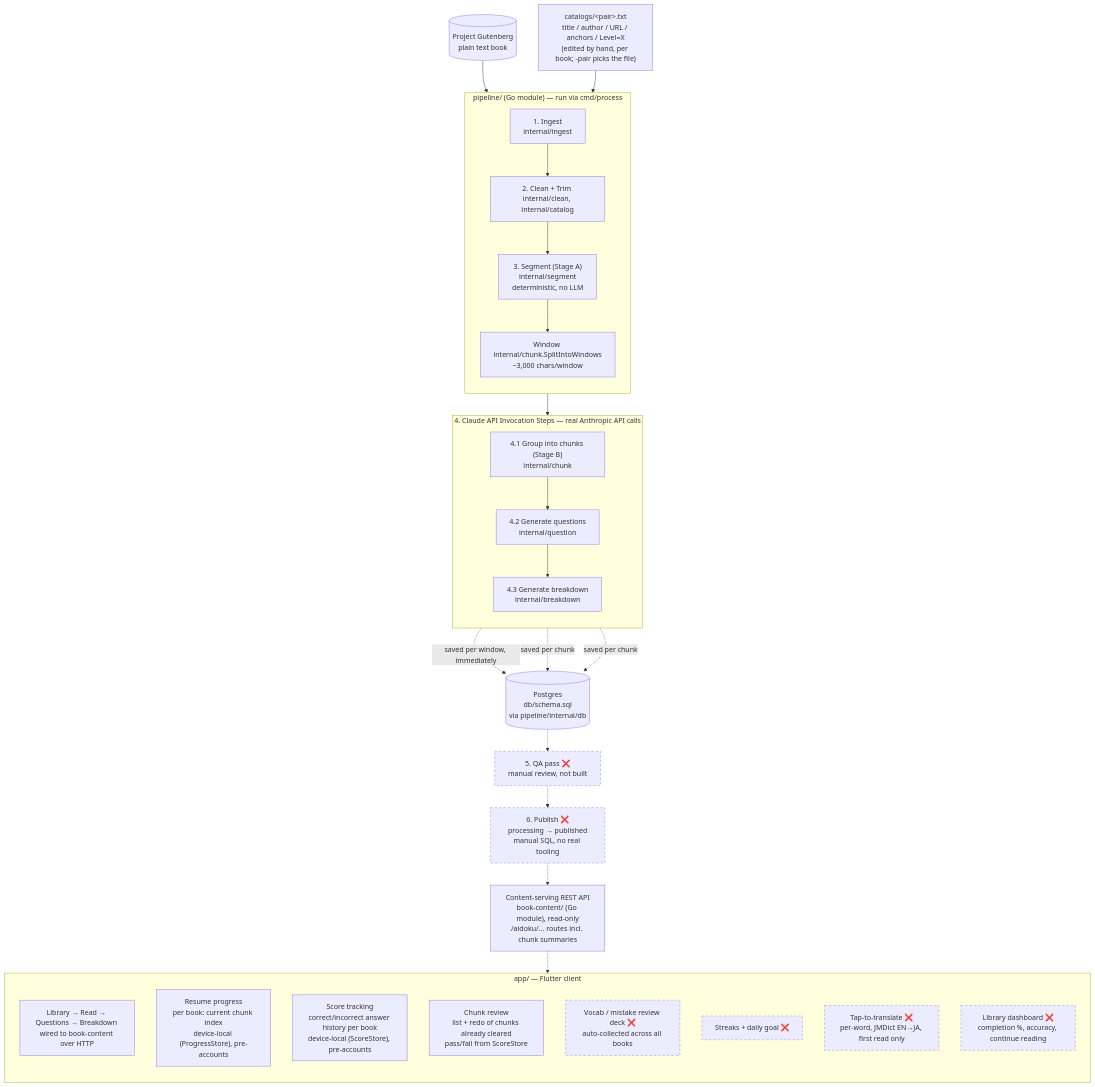
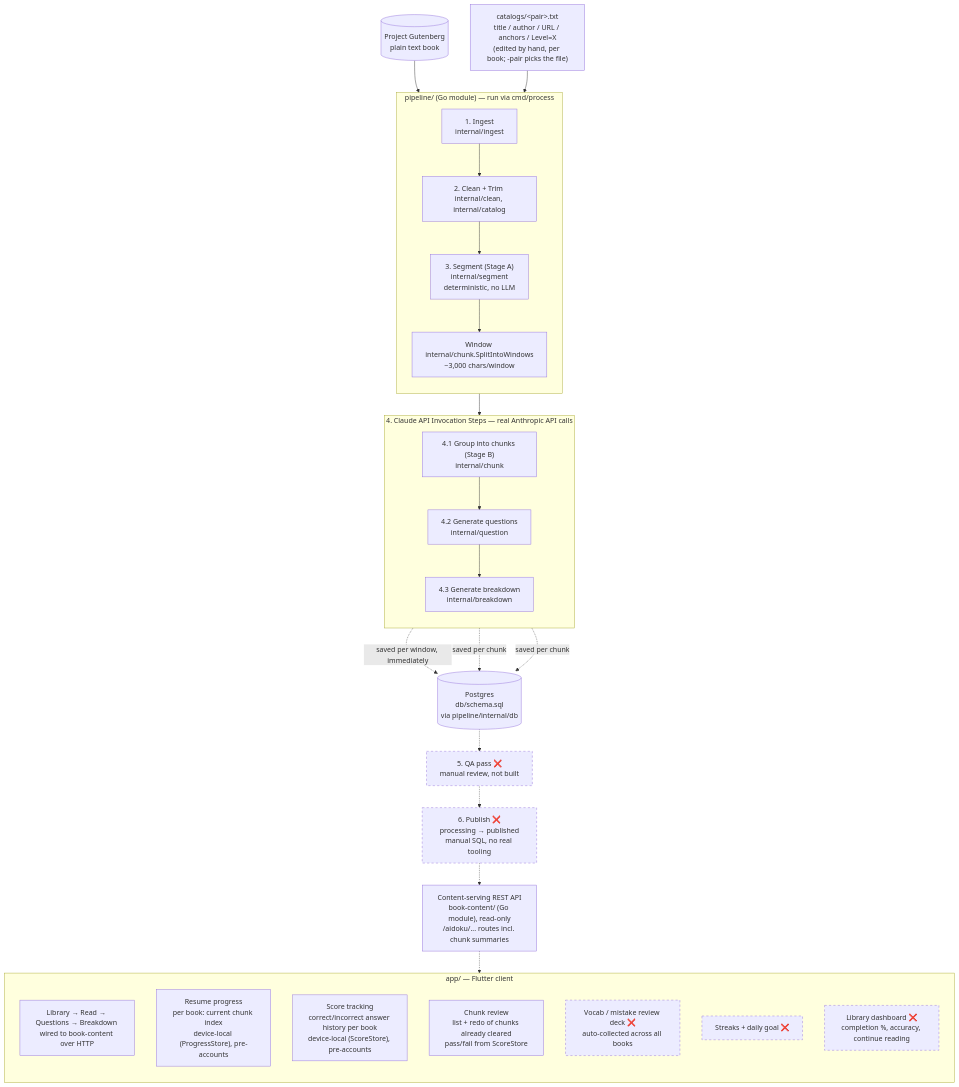
Before and after one commit to devdanielroy/project-aidoku: the diagram in README.md, drawn with Mermaid. The commit also changed other lines of this file, not shown here.

Commit message:
Remove tap-to-translate milestone
I was considering adding this to the app, but upon reflection, it defeats the purpose of the app,
which is to challenge the user to attempt to read the text unaided at first. If they can't
do it, they can always refer to the breakdown, revise the vocab, and then revisit the
chunk later. I don't want this app to be another handholding language learning app
that doesn't challenge the user. The point is to challenge the learner, engage that critical
thinking faculties, and generate real learning, real progress

````diff
--- a/README.md
+++ b/README.md
@@ -39,53 +39,52 @@
 ```mermaid
 flowchart TD
     GB[("Project Gutenberg<br/>plain text book")]
     BT["catalogs/&lt;pair&gt;.txt<br/>title / author / URL / anchors / Level=X<br/>(edited by hand, per book; -pair picks the file)"]
 
     subgraph pipeline["pipeline/ (Go module) — run via cmd/process"]
         direction TB
         ING["1. Ingest <br/>internal/ingest"]
         CLN["2. Clean + Trim <br/>internal/clean, internal/catalog"]
         SEG["3. Segment (Stage A) <br/>internal/segment<br/>deterministic, no LLM"]
         WIN["Window <br/>internal/chunk.SplitIntoWindows<br/>~3,000 chars/window"]
         ING --> CLN --> SEG --> WIN
     end
 
     subgraph claude["4. Claude API Invocation Steps — real Anthropic API calls"]
         direction TB
         GRP["4.1 Group into chunks (Stage B)<br/>internal/chunk"]
         Q["4.2 Generate questions<br/>internal/question"]
         BRK["4.3 Generate breakdown<br/>internal/breakdown"]
         GRP --> Q --> BRK
     end
 
     DB[("Postgres <br/>db/schema.sql<br/>via pipeline/internal/db")]
 
     QA["5. QA pass ❌<br/>manual review, not built"]
     PUB["6. Publish ❌<br/>processing → published<br/>manual SQL, no real tooling"]
     API["Content-serving REST API<br/>book-content/ (Go module), read-only<br/>/aidoku/... routes incl. chunk summaries"]
 
     subgraph client["app/ — Flutter client"]
       direction TB
         UI["Library → Read → Questions → Breakdown <br/>wired to book-content over HTTP"]
         RESUME["Resume progress<br/>per book: current chunk index<br/>device-local (ProgressStore), pre-accounts"]
         SCORE["Score tracking<br/>correct/incorrect answer history per book<br/>device-local (ScoreStore), pre-accounts"]
         REVIEW["Chunk review<br/>list + redo of chunks already cleared<br/>pass/fail from ScoreStore"]
         VOCAB["Vocab / mistake review deck ❌<br/>auto-collected across all books"]
         STREAK["Streaks + daily goal ❌"]
-        TRANSLATE["Tap-to-translate ❌<br/>per-word, JMDict EN→JA, first read only"]
         DASH["Library dashboard ❌<br/>completion %, accuracy, continue reading"]
     end
 
     GB --> ING
     BT --> CLN
     WIN --> GRP
     GRP -.->|"saved per window, immediately"| DB
     Q -.->|"saved per chunk"| DB
     BRK -.->|"saved per chunk"| DB
     DB -.-> QA -.-> PUB
     PUB -.-> API
     API -.-> UI
 
     classDef notBuilt stroke-dasharray: 5 5
-    class QA,PUB,VOCAB,STREAK,DASH,TRANSLATE notBuilt
+    class QA,PUB,VOCAB,STREAK,DASH notBuilt
 ```
````
